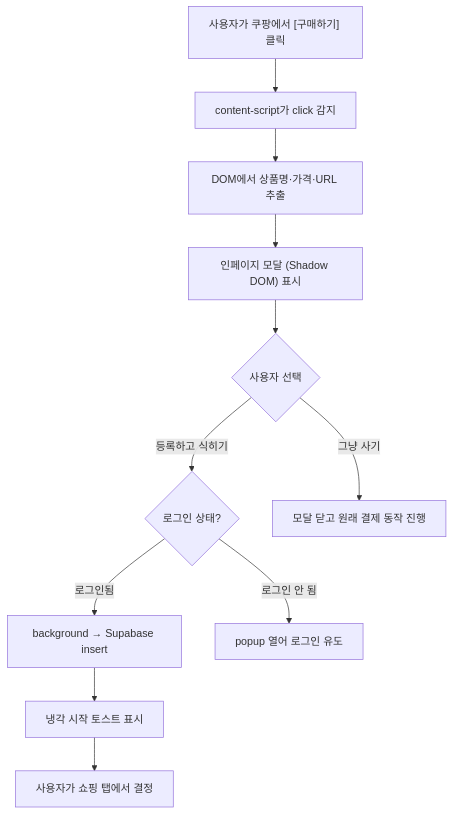
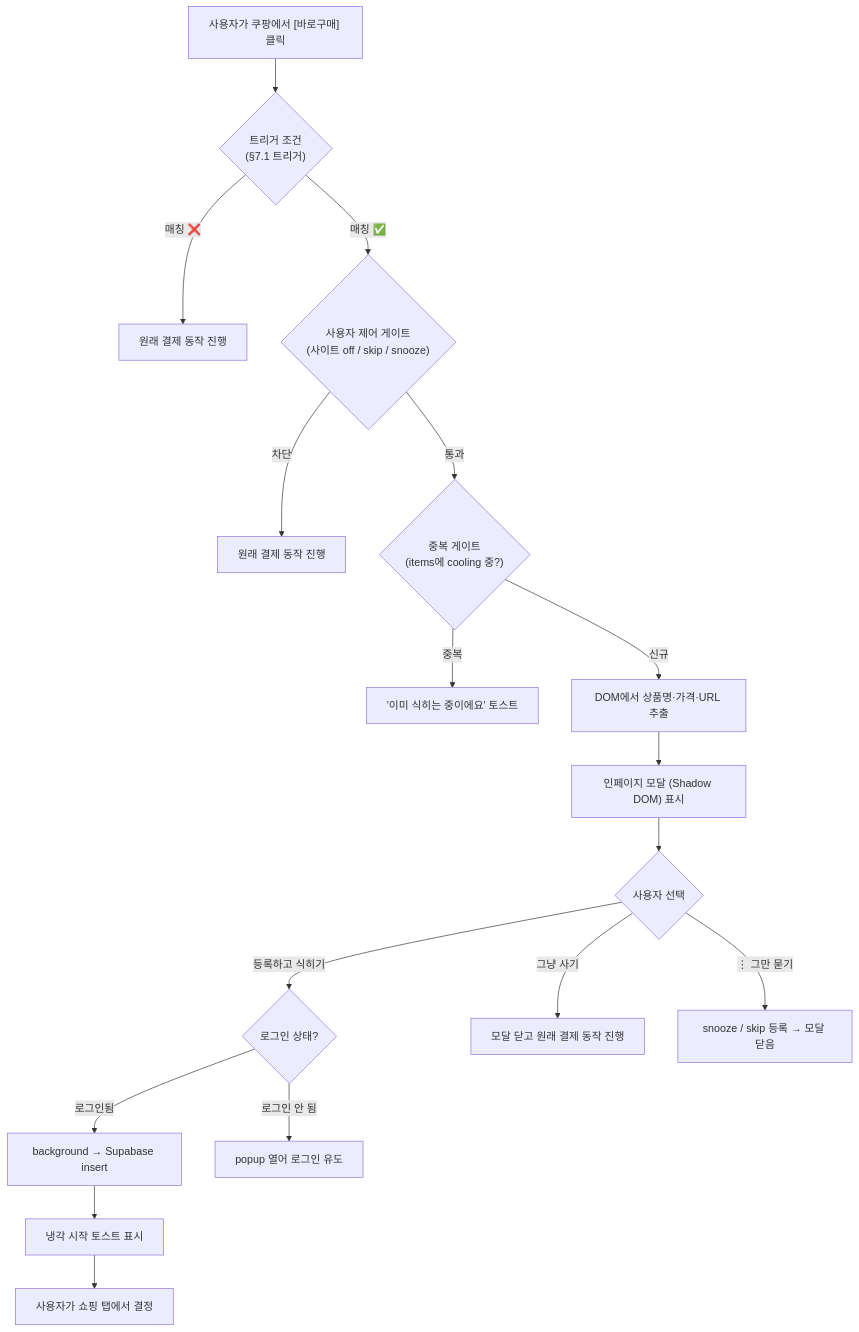
One commit to web-ppu/cooling-off changed the first of 2 diagrams in docs/plugin/pm/prd.md. Above: the diagram before and after it, drawn with Mermaid. The commit also changed other lines of this file and 2 other files, not shown here.

Commit message:
docs: 리뷰에 따른 정책(트리거 조건, 제외조건 등) 개선

````diff
--- a/docs/plugin/pm/prd.md
+++ b/docs/plugin/pm/prd.md
@@ -229,13 +250,19 @@
 ```mermaid
 flowchart TD
-  Click["사용자가 쿠팡에서 [구매하기] 클릭"] --> Detect["content-script가 click 감지"]
-  Detect --> Extract["DOM에서 상품명·가격·URL 추출"]
+  Click["사용자가 쿠팡에서 [바로구매] 클릭"] --> Trigger{"트리거 조건<br/>(§7.1 트리거)"}
+  Trigger -->|"매칭 ❌"| Pass1["원래 결제 동작 진행"]
+  Trigger -->|"매칭 ✅"| UserGate{"사용자 제어 게이트<br/>(사이트 off / skip / snooze)"}
+  UserGate -->|"차단"| Pass2["원래 결제 동작 진행"]
+  UserGate -->|"통과"| DupGate{"중복 게이트<br/>(items에 cooling 중?)"}
+  DupGate -->|"중복"| Toast["'이미 식히는 중이에요' 토스트"]
+  DupGate -->|"신규"| Extract["DOM에서 상품명·가격·URL 추출"]
   Extract --> Modal["인페이지 모달 (Shadow DOM) 표시"]
   Modal --> Choice{"사용자 선택"}
   Choice -->|"등록하고 식히기"| Auth{"로그인 상태?"}
   Choice -->|"그냥 사기"| Dismiss["모달 닫고 원래 결제 동작 진행"]
+  Choice -->|"⋮ 그만 묻기"| Mute["snooze / skip 등록 → 모달 닫음"]
   Auth -->|로그인됨| Save["background → Supabase insert"]
-  Auth -->|로그인 안 됨| Popup["popup 열어 로그인 유도"]
+  Auth -->|로그인 안 됨| LoginPopup["popup 열어 로그인 유도"]
   Save --> Confirm["냉각 시작 토스트 표시"]
   Confirm --> Return["사용자가 쇼핑 탭에서 결정"]
 ```
````
